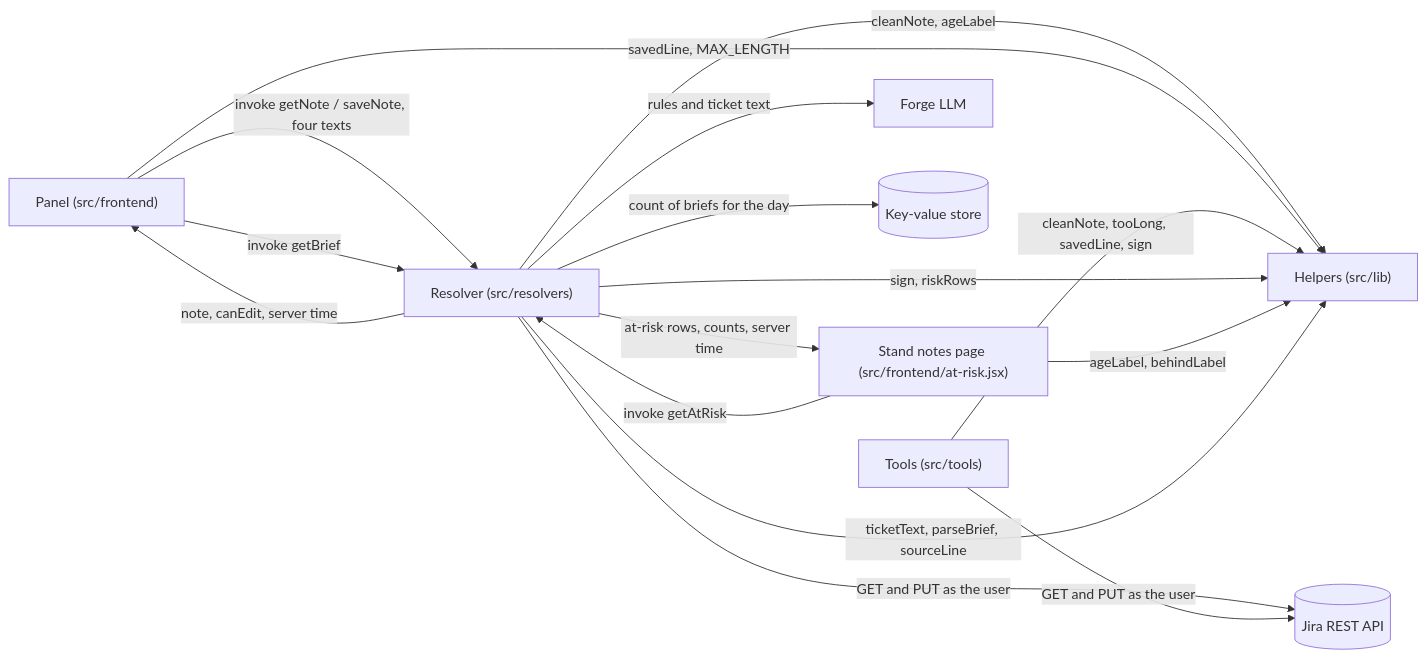
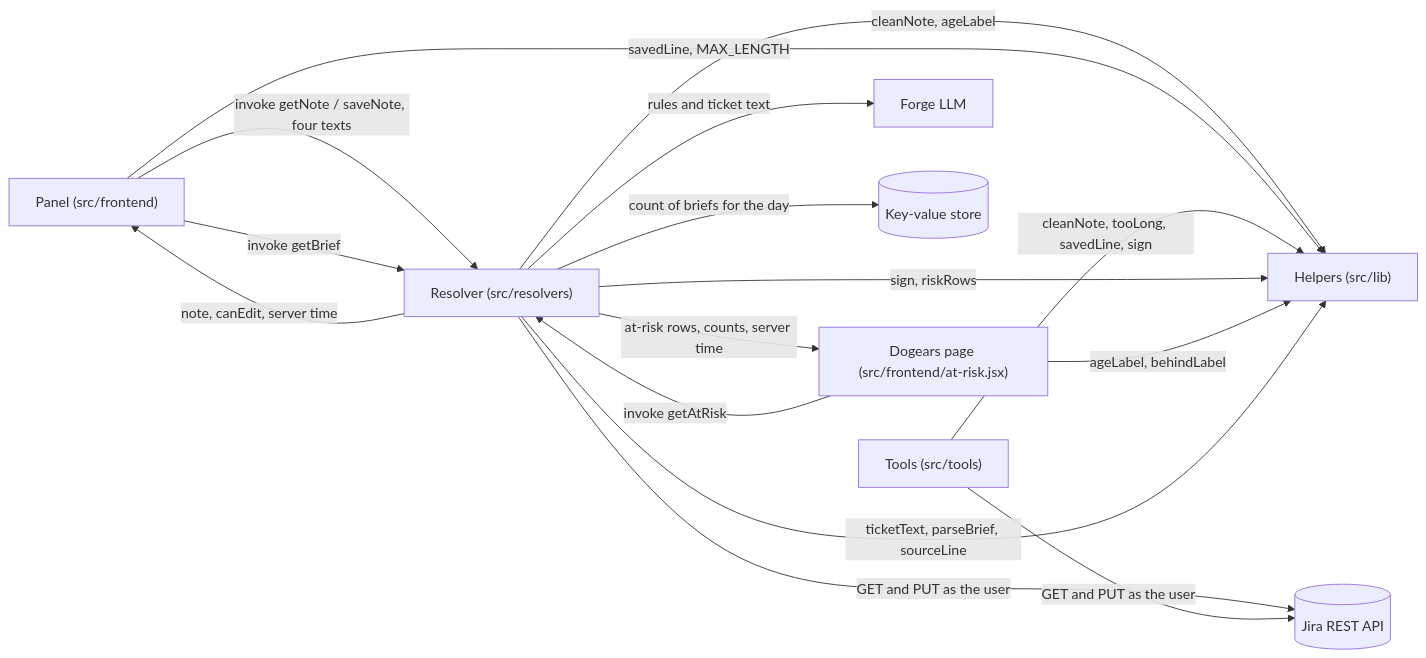
The second of 2 diagrams in docs/ARCHITECTURE.md (dzaffren/dogear), drawn with Mermaid before and after one commit. The commit also changed other lines of this file and 97 other files, not shown here.

````diff
--- a/docs/ARCHITECTURE.md
+++ b/docs/ARCHITECTURE.md
@@ -21,18 +21,18 @@
 ```mermaid
 flowchart LR
     F["Panel (src/frontend)"] -- "invoke getNote / saveNote, four texts" --> R["Resolver (src/resolvers)"]
     R -- "note, canEdit, server time" --> F
     R -- "cleanNote, ageLabel" --> L["Helpers (src/lib)"]
     F -- "savedLine, MAX_LENGTH" --> L
     R -- "GET and PUT as the user" --> J[(Jira REST API)]
     T["Tools (src/tools)"] -- "GET and PUT as the user" --> J
     T -- "cleanNote, tooLong, savedLine, sign" --> L
     R -- "sign, riskRows" --> L
-    PG["Stand notes page (src/frontend/at-risk.jsx)"] -- "invoke getAtRisk" --> R
+    PG["Dogears page (src/frontend/at-risk.jsx)"] -- "invoke getAtRisk" --> R
     R -- "at-risk rows, counts, server time" --> PG
     PG -- "ageLabel, behindLabel" --> L
     F -- "invoke getBrief" --> R
     R -- "ticketText, parseBrief, sourceLine" --> L
     R -- "rules and ticket text" --> LLM[Forge LLM]
     R -- "count of briefs for the day" --> K[(Key-value store)]
 ```
````
